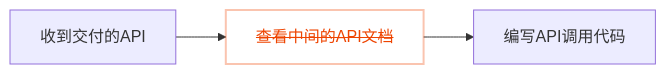
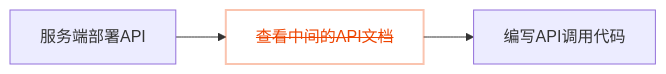
One commit to alovajs/alovajs.github.io changed the second of 2 diagrams in i18n/zh-CN/docusaurus-plugin-content-docs/current/tutorial/02-getting-started/01-introduce.md. Above: the diagram before and after it, drawn with Mermaid. The commit also changed other lines of this file and 21 other files, not shown here.

````diff
--- a/i18n/zh-CN/docusaurus-plugin-content-docs/current/tutorial/02-getting-started/01-introduce.md
+++ b/i18n/zh-CN/docusaurus-plugin-content-docs/current/tutorial/02-getting-started/01-introduce.md
@@ -404,7 +404,7 @@
 ```mermaid
 flowchart LR
-  A[收到交付的API] --> B[<s>查看中间的API文档</s>] --> C[编写API调用代码]
+  A[服务端部署API] --> B[<s>查看中间的API文档</s>] --> C[编写API调用代码]
 
   class B redNode;
   classDef redNode fill:transparent,stroke:#ee440050,color:#ee4400,stroke-width:2px;
 ```
````
